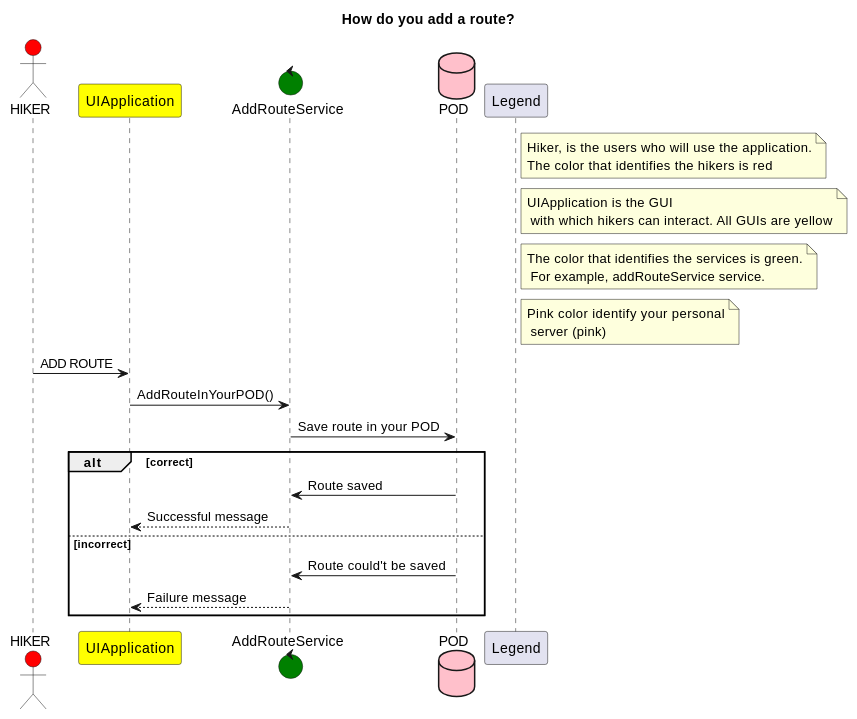
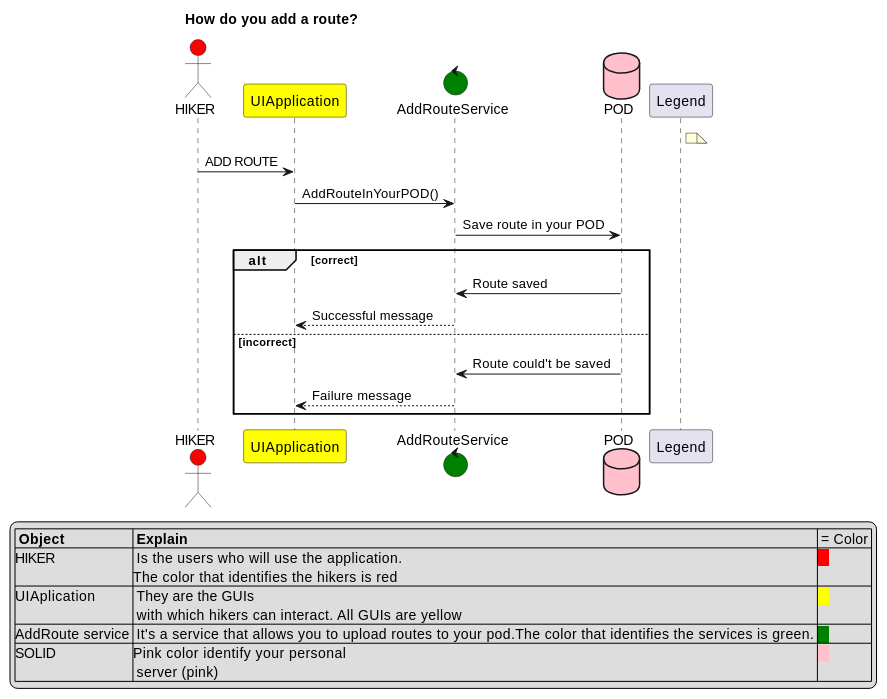
The second of 2 diagrams in src/docs/06_runtime_view.adoc (Arquisoft/viade_es1b), drawn with PlantUML before and after one commit. The commit also changed other lines of this file, not shown here.

Commit message:
Añadida una leyenda mas profesional al punto 6

```diff
--- a/src/docs/06_runtime_view.adoc
+++ b/src/docs/06_runtime_view.adoc
@@ -61,31 +61,35 @@
 [plantuml,"Add route diagram",png]
 ----
 title How do you add a route?
 
 
 
 actor HIKER #red
 participant UIApplication #yellow
 control AddRouteService #green
 database POD #pink
-participant Legend
 
-note right of Legend: Hiker, is the users who will use the application.\nThe color that identifies the hikers is red
-note right of Legend:UIApplication is the GUI\n with which hikers can interact. All GUIs are yellow
-note right of Legend: The color that identifies the services is green.\n For example, addRouteService service.
-note right of Legend: Pink color identify your personal\n server (pink)
+note right of Legend: 
 
 
 HIKER -> UIApplication: ADD ROUTE
 UIApplication -> AddRouteService: AddRouteInYourPOD()
 AddRouteService -> POD: Save route in your POD
 
 alt correct
 	POD -> AddRouteService: Route saved
 	AddRouteService --> UIApplication: Successful message
 
 else incorrect
 	POD -> AddRouteService: Route could't be saved
 	AddRouteService --> UIApplication: Failure message
 	end
+
+legend
+|= Object |= Explain | = Color |
+|HIKER | Is the users who will use the application.\nThe color that identifies the hikers is red |<back:#FF0000>   </back> |
+|UIAplication | They are the GUIs\n with which hikers can interact. All GUIs are yellow |<back:yellow>   </back> |
+|AddRoute service | It's a service that allows you to upload routes to your pod.The color that identifies the services is green. |<back:green>   </back> |
+|SOLID|Pink color identify your personal\n server (pink)|<back:pink>   </back> |
+endlegend
 ----
```
